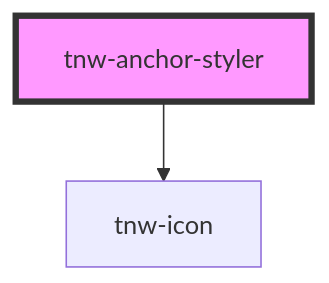
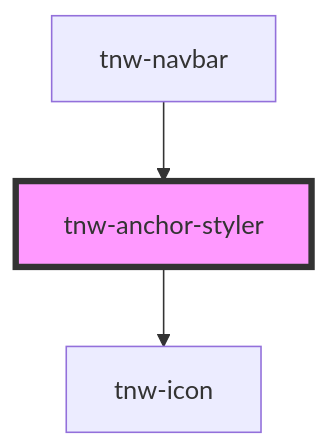
The diagram in packages/stencil-library/src/components/tnw-anchor-styler/readme.md (technway/technway-component-library), drawn with Mermaid before and after one commit. The commit also changed other lines of this file and 15 other files, not shown here.

Commit message:
feat(tnw-navbar): improve styling

````diff
--- a/packages/stencil-library/src/components/tnw-anchor-styler/readme.md
+++ b/packages/stencil-library/src/components/tnw-anchor-styler/readme.md
@@ -58,5 +62,6 @@
 ```mermaid
 graph TD;
   tnw-anchor-styler --> tnw-icon
+  tnw-navbar --> tnw-anchor-styler
   style tnw-anchor-styler fill:#f9f,stroke:#333,stroke-width:4px
 ```
````
